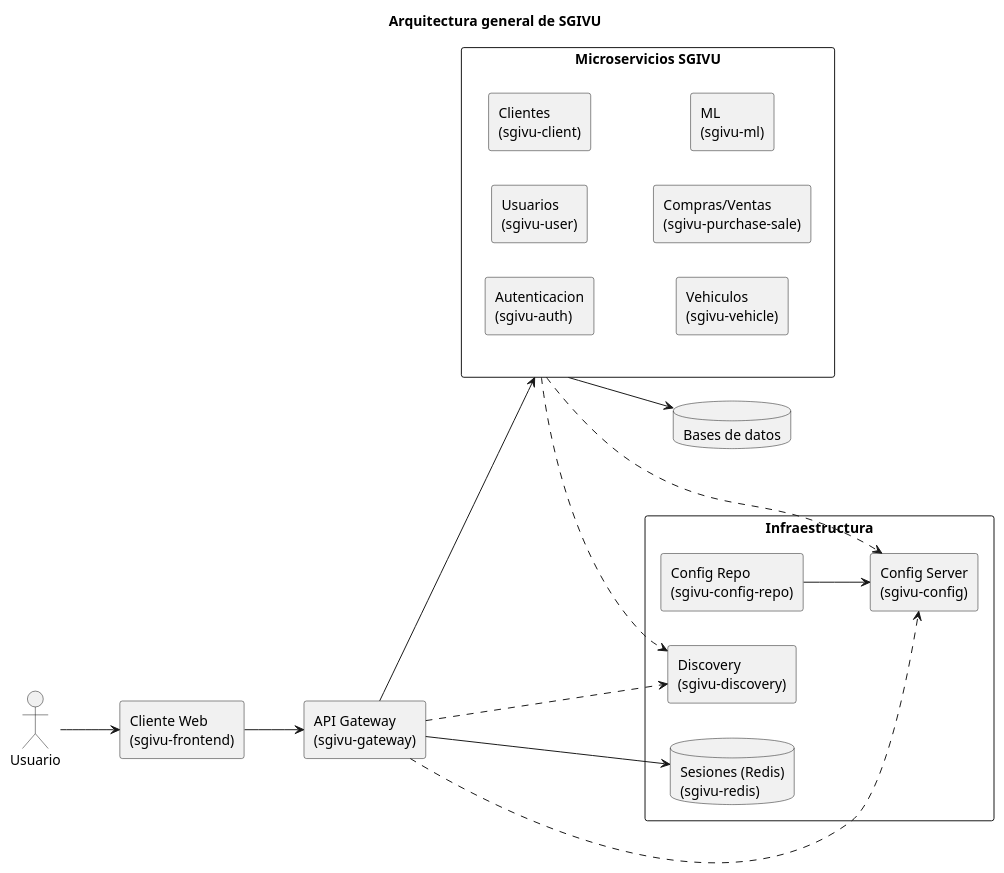
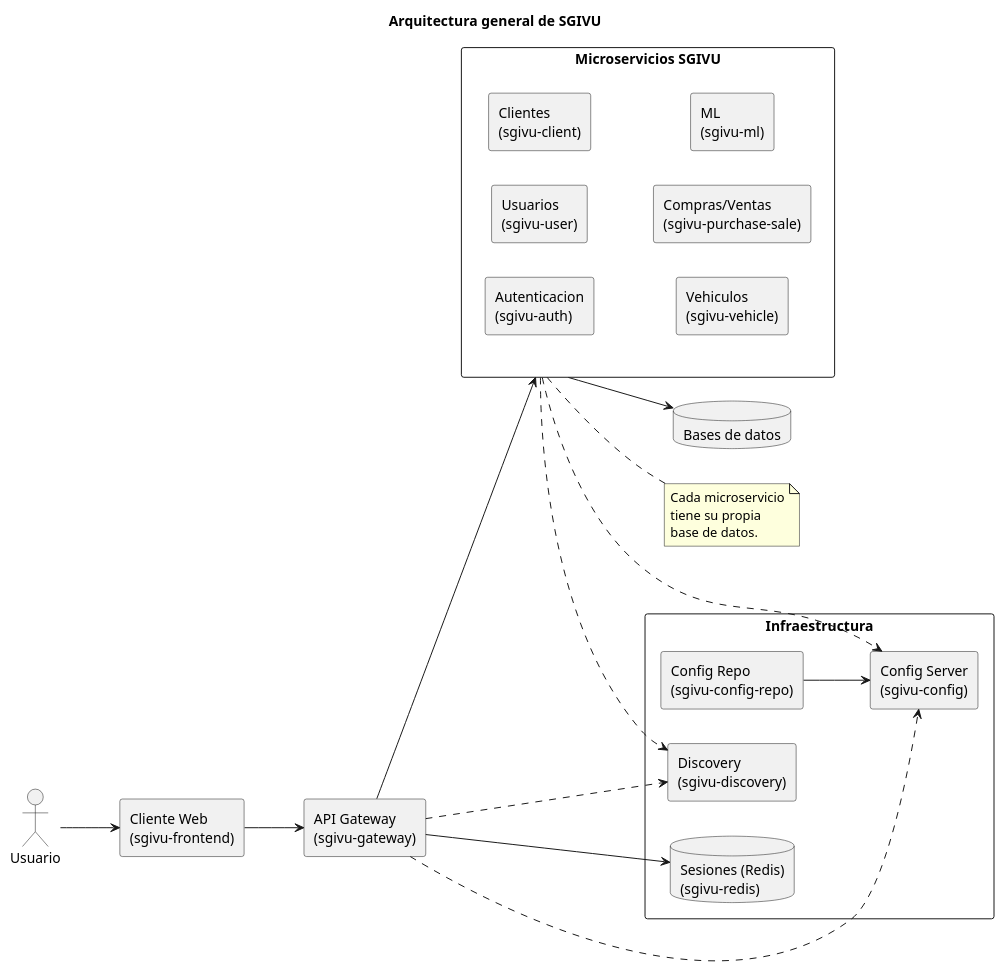
Before and after one commit to stevenrq/sgivu: the diagram in docs/diagrams/01-system-architecture.puml, drawn with PlantUML. The commit also changed 1 other file, not shown here.

Commit message:
refactor(diagram): add note about microservices having their own databases

```diff
--- a/docs/diagrams/01-system-architecture.puml
+++ b/docs/diagrams/01-system-architecture.puml
@@ -1,43 +1,49 @@
 @startuml
 title Arquitectura general de SGIVU
 left to right direction
 
 skinparam shadowing false
 skinparam componentStyle rectangle
 skinparam packageStyle rectangle
 
 actor "Usuario" as usuario
 component "Cliente Web\n(sgivu-frontend)" as frontend
 component "API Gateway\n(sgivu-gateway)" as gateway
 
 package "Microservicios SGIVU" as ms {
   component "Autenticacion\n(sgivu-auth)" as auth
   component "Usuarios\n(sgivu-user)" as user
   component "Clientes\n(sgivu-client)" as client
   component "Vehiculos\n(sgivu-vehicle)" as vehicle
   component "Compras/Ventas\n(sgivu-purchase-sale)" as purchase_sale
   component "ML\n(sgivu-ml)" as ml
 }
 
 package "Infraestructura" as infra {
   component "Config Server\n(sgivu-config)" as config
   component "Config Repo\n(sgivu-config-repo)" as config_repo
   component "Discovery\n(sgivu-discovery)" as discovery
   database "Sesiones (Redis)\n(sgivu-redis)" as redis
 }
 
 database "Bases de datos" as db
 
 usuario --> frontend
 frontend --> gateway
 gateway --> ms
 gateway --> redis
 
 ms --> db
 
+note right of ms
+  Cada microservicio
+  tiene su propia
+  base de datos.
+end note
+
 config_repo --> config
 gateway ..> config
 ms ..> config
 gateway ..> discovery
 ms ..> discovery
 @enduml
```
